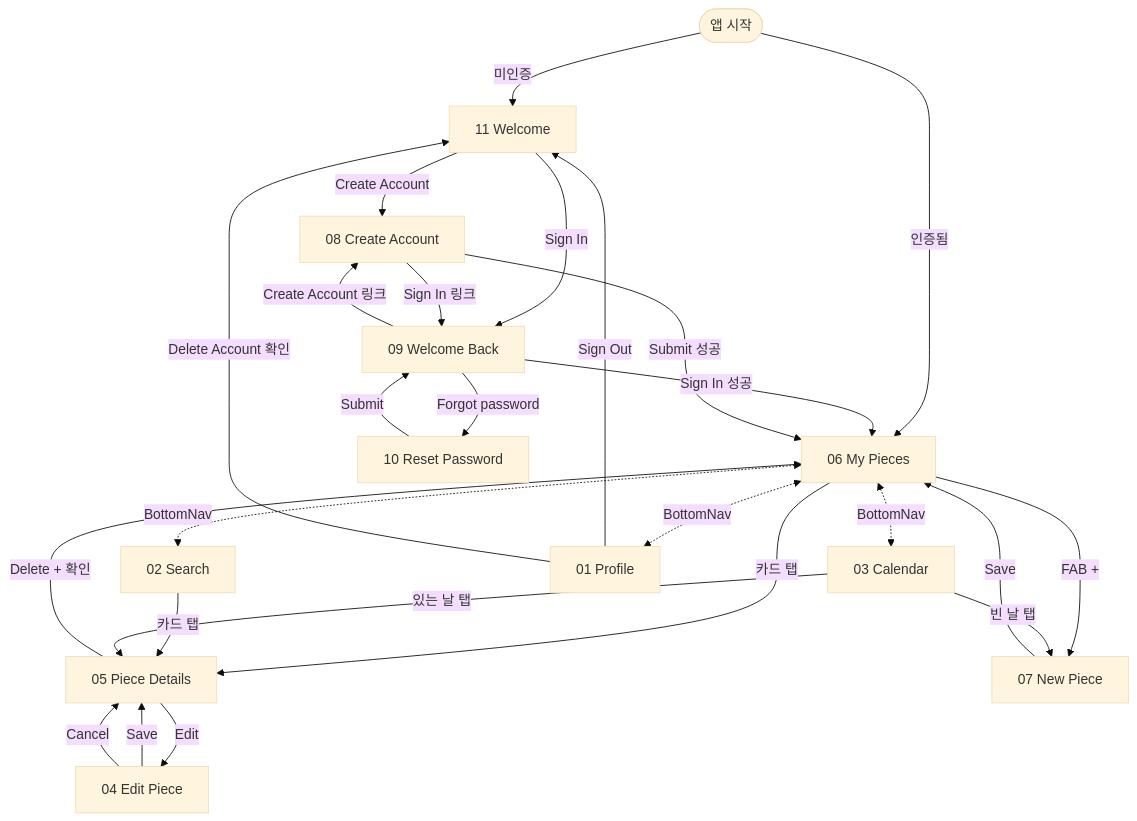
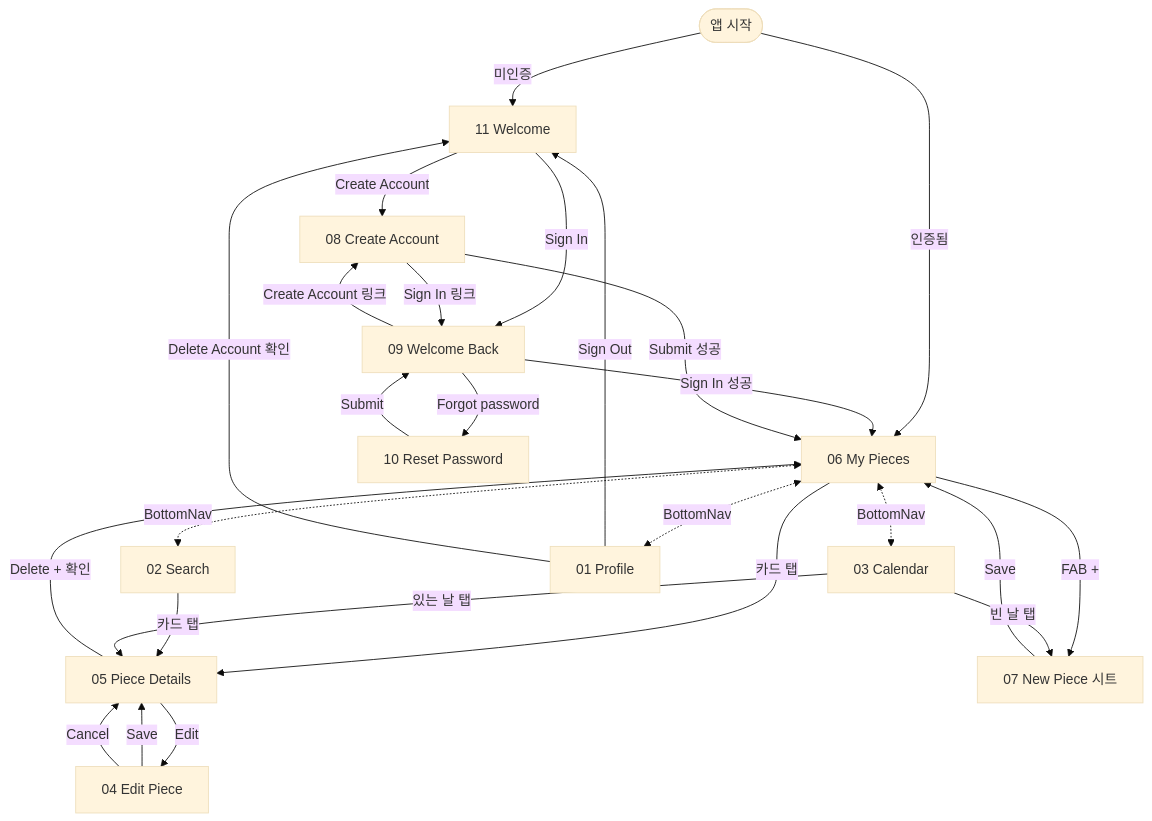
The diagram in apps/daily_piece/docs/screens/00-INDEX.md (korca0220/wanting_apps), drawn with Mermaid (base theme) before and after one commit. The commit also changed other lines of this file, not shown here.

First line of the commit message:
docs(daily_piece): refresh screen INDEX after renewal

````diff
--- a/apps/daily_piece/docs/screens/00-INDEX.md
+++ b/apps/daily_piece/docs/screens/00-INDEX.md
@@ -58,36 +59,36 @@
 ```mermaid
 flowchart TD
     AppInit([앱 시작])
     AppInit -->|미인증| Welcome[11 Welcome]
     AppInit -->|인증됨| MyPieces[06 My Pieces]
 
     Welcome -->|Create Account| Create[08 Create Account]
     Welcome -->|Sign In| WelcomeBack[09 Welcome Back]
 
     WelcomeBack -->|Sign In 성공| MyPieces
     WelcomeBack -->|Forgot password| Reset[10 Reset Password]
     WelcomeBack -->|Create Account 링크| Create
     Reset -->|Submit| WelcomeBack
     Create -->|Submit 성공| MyPieces
     Create -->|Sign In 링크| WelcomeBack
 
     MyPieces <-.BottomNav.-> Calendar[03 Calendar]
     MyPieces <-.BottomNav.-> Search[02 Search]
     MyPieces <-.BottomNav.-> Profile[01 Profile]
 
     MyPieces -->|카드 탭| Details[05 Piece Details]
-    MyPieces -->|FAB +| NewPiece[07 New Piece]
+    MyPieces -->|FAB +| NewPiece[07 New Piece 시트]
     Search -->|카드 탭| Details
     Calendar -->|있는 날 탭| Details
     Calendar -->|빈 날 탭| NewPiece
 
     Details -->|Edit| EditPiece[04 Edit Piece]
     Details -->|Delete + 확인| MyPieces
     EditPiece -->|Save| Details
     EditPiece -->|Cancel| Details
 
     NewPiece -->|Save| MyPieces
 
     Profile -->|Sign Out| Welcome
     Profile -->|Delete Account 확인| Welcome
 ```
````
